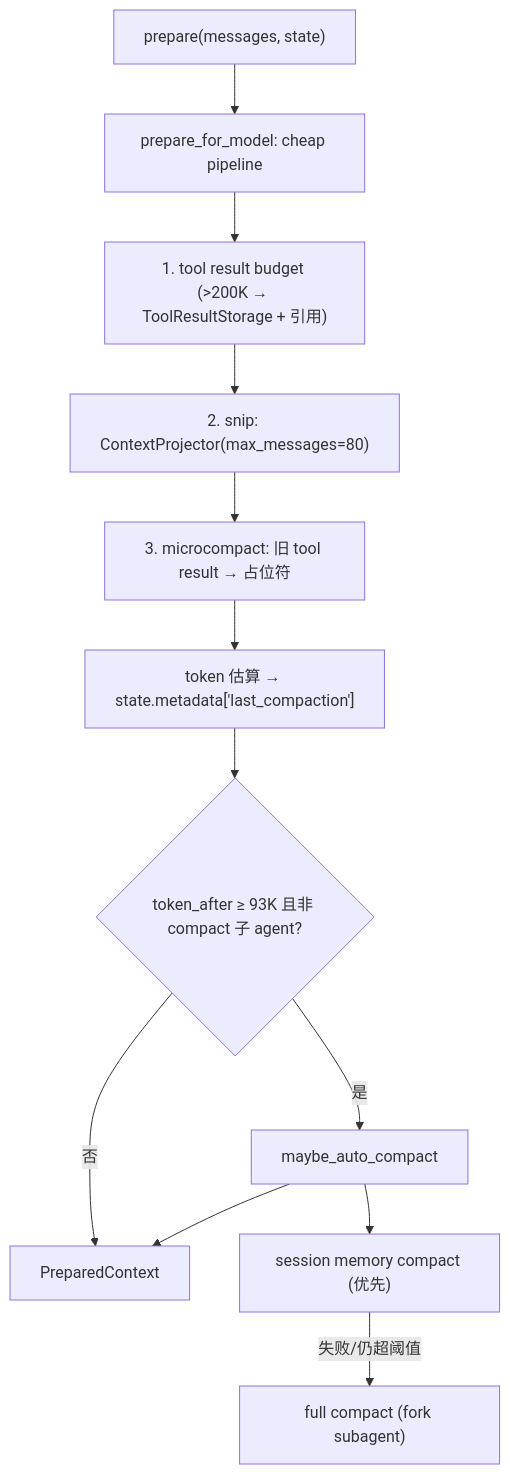
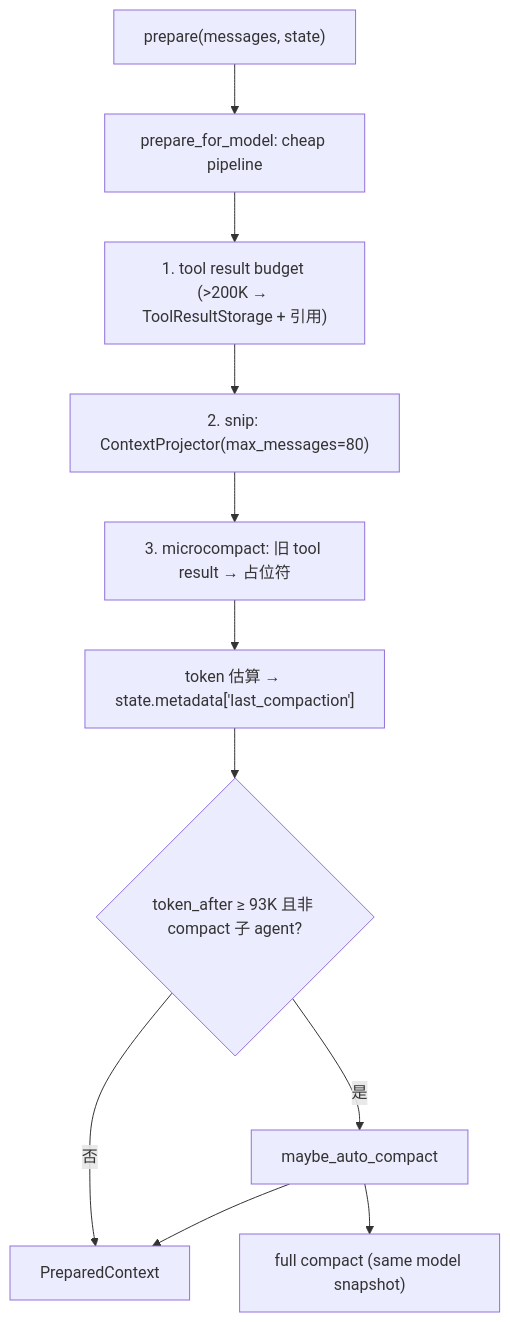
One commit to user0452/Nervure changed the diagram in docs/design-docs/compaction-architecture.md. Above: the diagram before and after it, drawn with Mermaid. The commit also changed other lines of this file and 819 other files, not shown here.

````diff
--- a/docs/design-docs/compaction-architecture.md
+++ b/docs/design-docs/compaction-architecture.md
@@ -51,14 +51,13 @@
 ```mermaid
 flowchart TD
   Prep["prepare(messages, state)"] --> Cheap["prepare_for_model: cheap pipeline"]
   Cheap --> Budget["1. tool result budget (>200K → ToolResultStorage + 引用)"]
   Budget --> Snip["2. snip: ContextProjector(max_messages=80)"]
   Snip --> Micro["3. microcompact: 旧 tool result → 占位符"]
   Micro --> Est["token 估算 → state.metadata['last_compaction']"]
   Est --> Check{"token_after ≥ 93K 且非 compact 子 agent?"}
   Check -->|否| Out["PreparedContext"]
   Check -->|是| Auto["maybe_auto_compact"]
-  Auto --> SM["session memory compact (优先)"]
-  SM -->|失败/仍超阈值| Full["full compact (fork subagent)"]
+  Auto --> Full["full compact (same model snapshot)"]
   Auto --> Out
 ```
````
